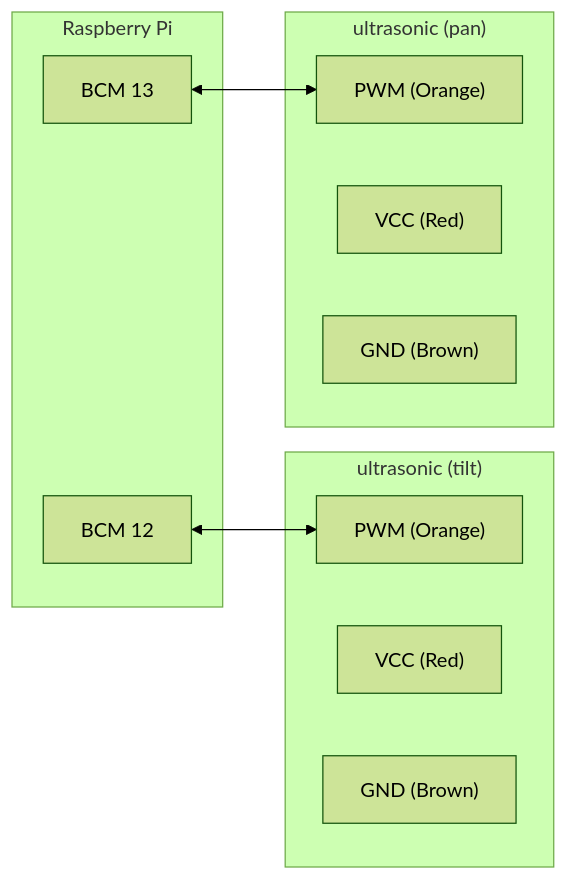
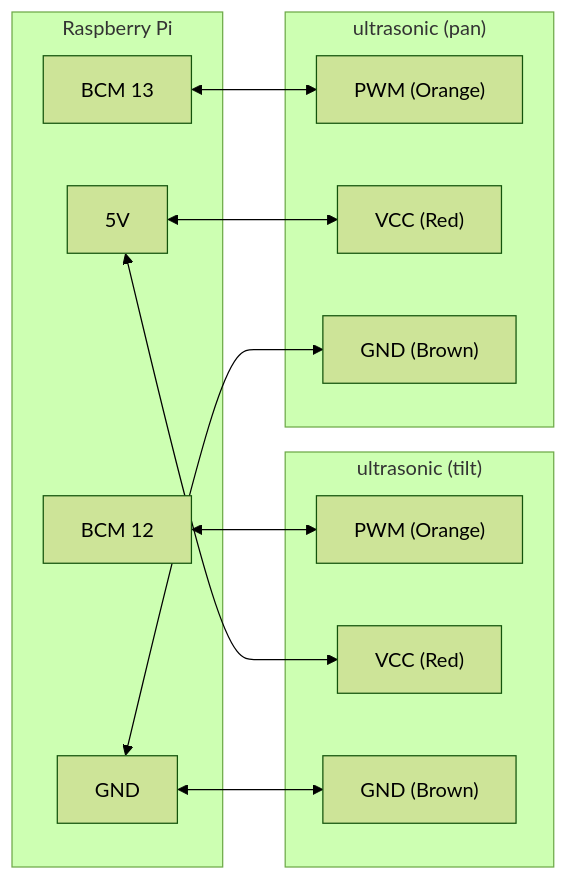
The second of 3 diagrams in README.md (lankahsu520/RPiP9), drawn with Mermaid (forest theme) before and after one commit. The commit also changed other lines of this file and 7 other files, not shown here.

````diff
--- a/README.md
+++ b/README.md
@@ -86,19 +90,25 @@
 ```mermaid
 flowchart LR
 	subgraph "ultrasonic (tilt)"
 		PWM_tilt["PWM (Orange)"]
 		VCC_tilt["VCC (Red)"]
 		GND_tilt["GND (Brown)"]
 	end
 	subgraph "ultrasonic (pan)"
 		PWM_pan["PWM (Orange)"]
 		VCC_pan["VCC (Red)"]
 		GND_pan["GND (Brown)"]
 	end
 	subgraph "Raspberry Pi"
 		BCM12[BCM 12]
 		BCM13[BCM 13]
+		5V_PI[5V]
+		GND_PI[GND]
 	end
 	BCM12 <--> PWM_tilt
 	BCM13 <--> PWM_pan
+	5V_PI <--> VCC_tilt
+	5V_PI <--> VCC_pan
+	GND_PI <--> GND_tilt
+	GND_PI <--> GND_pan
 ```
````
